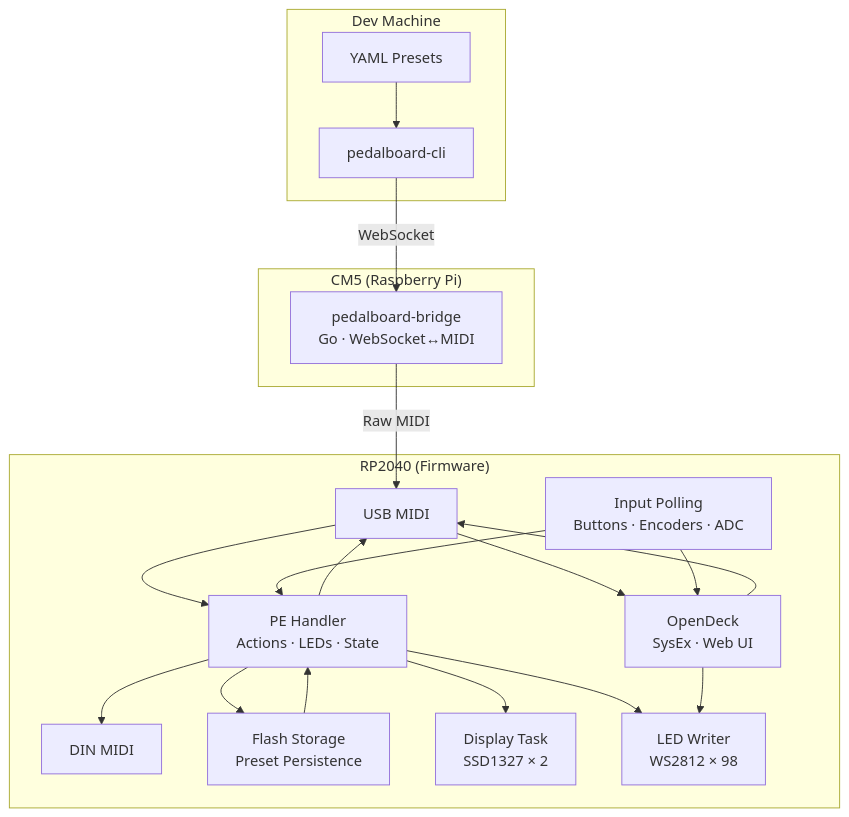
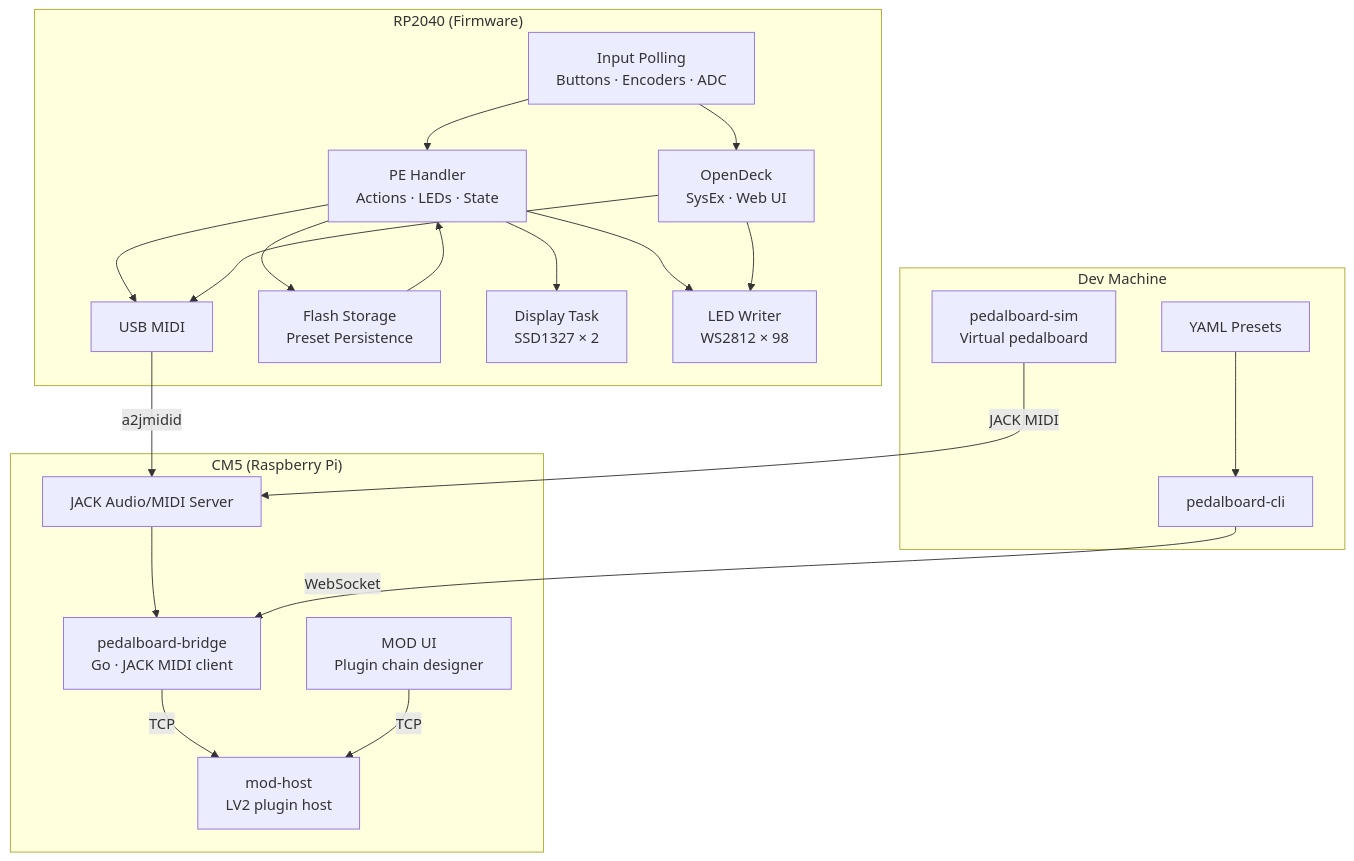
One commit to pedalboard/.github changed the first of 4 diagrams in docs/software-architecture.md. Above: the diagram before and after it, drawn with Mermaid. The commit also changed other lines of this file, not shown here.

First line of the commit message:
docs: update software architecture for JACK MIDI routing

````diff
--- a/docs/software-architecture.md
+++ b/docs/software-architecture.md
@@ -5,38 +5,42 @@
 ```mermaid
 graph TB
     subgraph "Dev Machine"
         YAML[YAML Presets]
         CLI[pedalboard-cli]
+        SIM[pedalboard-sim<br/>Virtual pedalboard]
         YAML --> CLI
     end
 
     subgraph "CM5 (Raspberry Pi)"
-        BRIDGE[pedalboard-bridge<br/>Go · WebSocket↔MIDI]
+        JACK[JACK Audio/MIDI Server]
+        BRIDGE[pedalboard-bridge<br/>Go · JACK MIDI client]
+        MODHOST[mod-host<br/>LV2 plugin host]
+        MODUI[MOD UI<br/>Plugin chain designer]
+        JACK --> BRIDGE
+        BRIDGE -->|TCP| MODHOST
+        MODUI -->|TCP| MODHOST
     end
 
     subgraph "RP2040 (Firmware)"
         USB[USB MIDI]
-        UART[DIN MIDI]
         PE[PE Handler<br/>Actions · LEDs · State]
         OD[OpenDeck<br/>SysEx · Web UI]
         FLASH[Flash Storage<br/>Preset Persistence]
         DISP[Display Task<br/>SSD1327 × 2]
         LEDS[LED Writer<br/>WS2812 × 98]
         INPUT[Input Polling<br/>Buttons · Encoders · ADC]
     end
 
     CLI -->|WebSocket| BRIDGE
-    BRIDGE -->|Raw MIDI| USB
-    USB --> PE
-    USB --> OD
+    SIM -->|JACK MIDI| JACK
+    USB -->|a2jmidid| JACK
     INPUT --> PE
     INPUT --> OD
     PE --> USB
-    PE --> UART
     PE --> LEDS
     PE --> DISP
     PE --> FLASH
     OD --> USB
     OD --> LEDS
     FLASH --> PE
 ```
````
